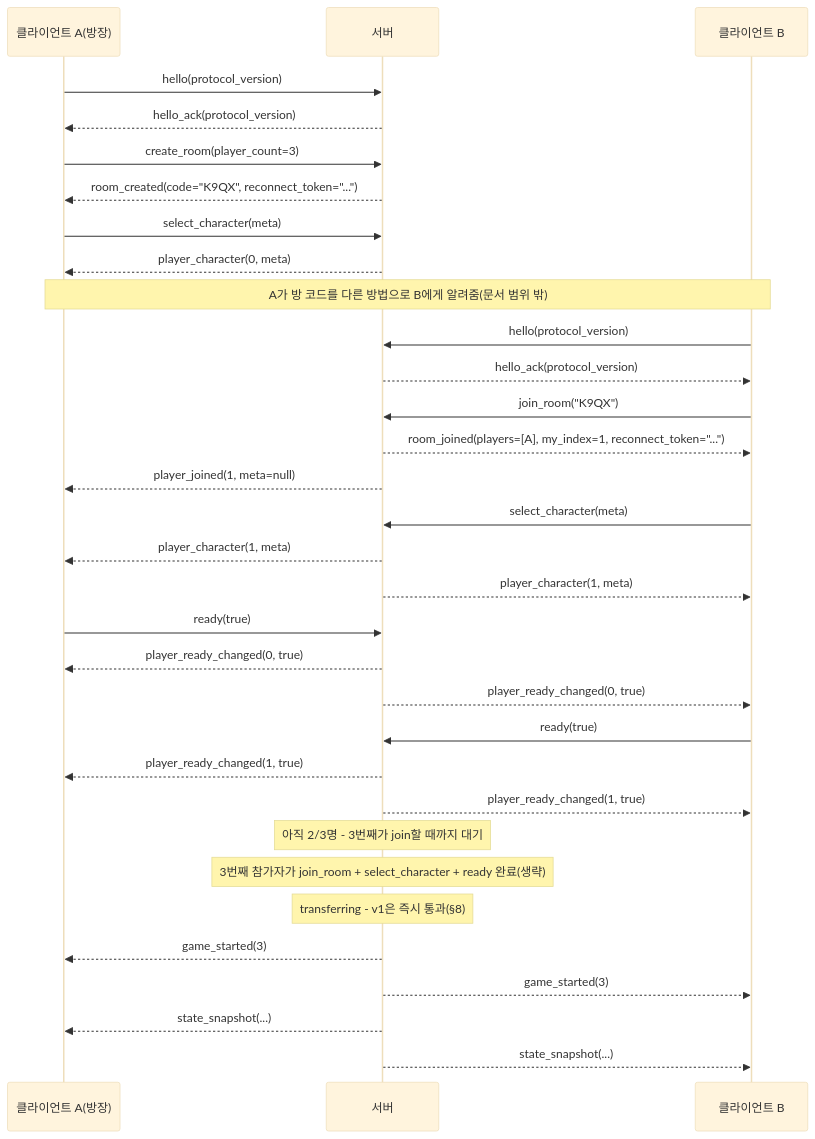
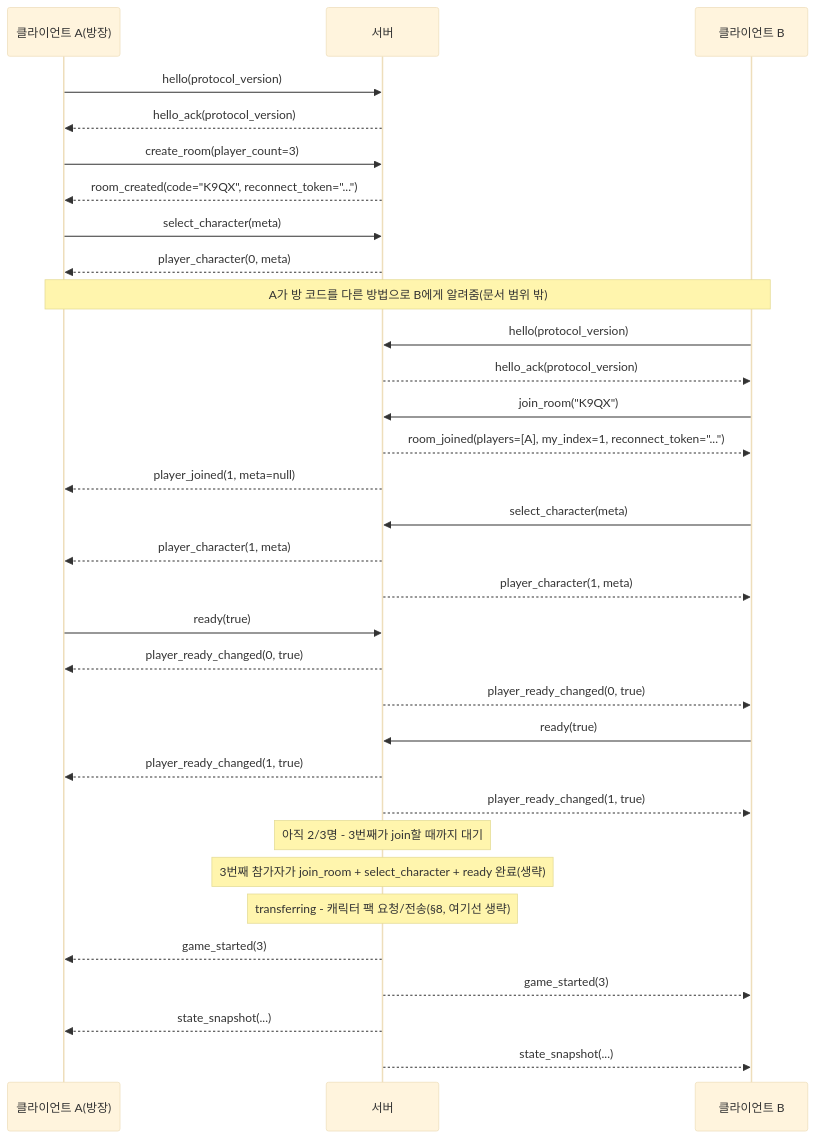
One commit to gyutaeng/yacht-dice changed the diagram in docs/multiplayer.md. Above: the diagram before and after it, drawn with Mermaid (base theme). The commit also changed other lines of this file and 21 other files, not shown here.

````diff
--- a/docs/multiplayer.md
+++ b/docs/multiplayer.md
@@ -211,42 +217,42 @@
 ```mermaid
 sequenceDiagram
     participant A as 클라이언트 A(방장)
     participant S as 서버
     participant B as 클라이언트 B
 
     A->>S: hello(protocol_version)
     S-->>A: hello_ack(protocol_version)
     A->>S: create_room(player_count=3)
     S-->>A: room_created(code="K9QX", reconnect_token="...")
     A->>S: select_character(meta)
     S-->>A: player_character(0, meta)
 
     Note over A,B: A가 방 코드를 다른 방법으로 B에게 알려줌(문서 범위 밖)
 
     B->>S: hello(protocol_version)
     S-->>B: hello_ack(protocol_version)
     B->>S: join_room("K9QX")
     S-->>B: room_joined(players=[A], my_index=1, reconnect_token="...")
     S-->>A: player_joined(1, meta=null)
     B->>S: select_character(meta)
     S-->>A: player_character(1, meta)
     S-->>B: player_character(1, meta)
 
     A->>S: ready(true)
     S-->>A: player_ready_changed(0, true)
     S-->>B: player_ready_changed(0, true)
     B->>S: ready(true)
     S-->>A: player_ready_changed(1, true)
     S-->>B: player_ready_changed(1, true)
 
     Note over S: 아직 2/3명 - 3번째가 join할 때까지 대기
 
     Note over S: 3번째 참가자가 join_room + select_character + ready 완료(생략)
 
-    Note over S: transferring - v1은 즉시 통과(§8)
+    Note over S: transferring - 캐릭터 팩 요청/전송(§8, 여기선 생략)
 
     S-->>A: game_started(3)
     S-->>B: game_started(3)
     S-->>A: state_snapshot(...)
     S-->>B: state_snapshot(...)
 ```
````
